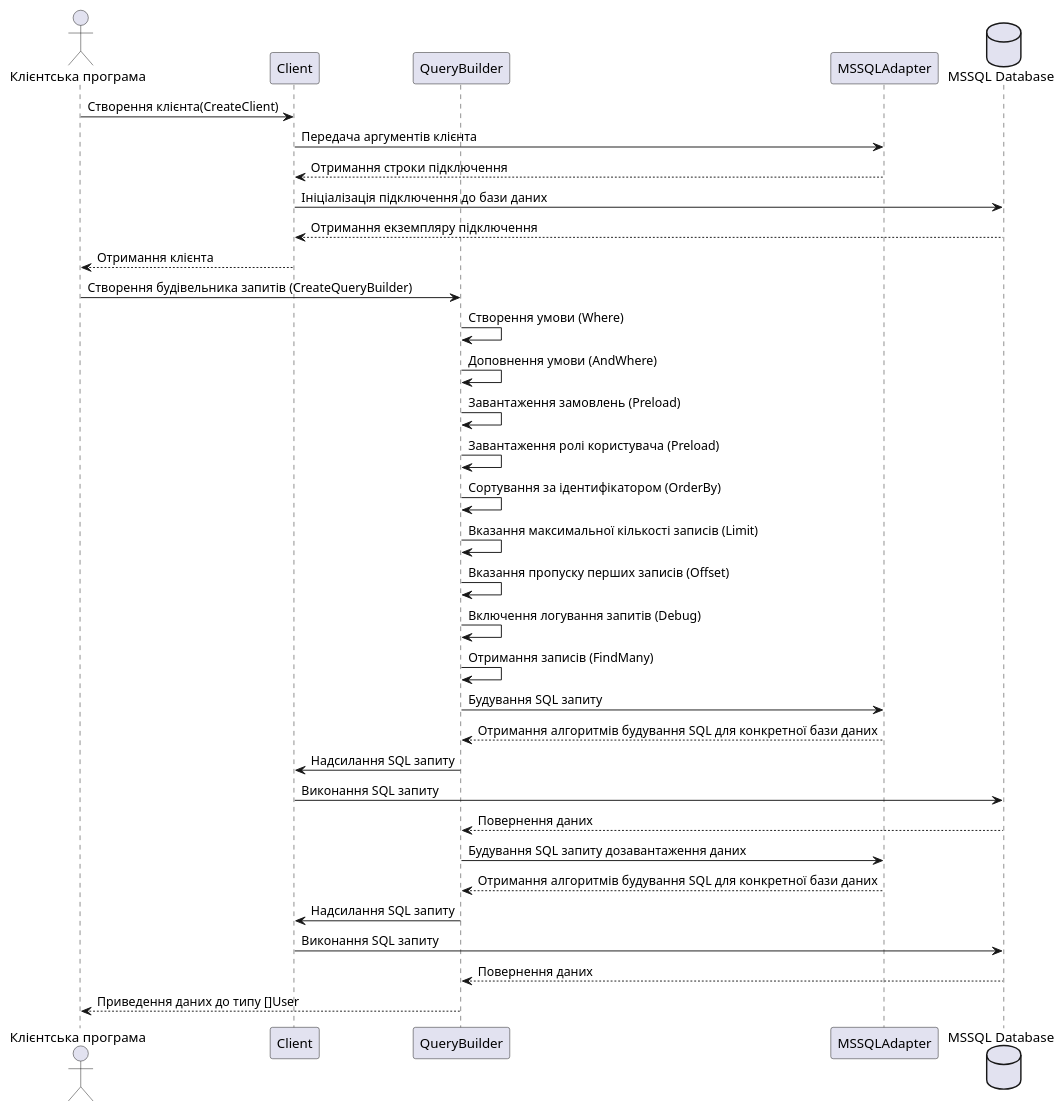
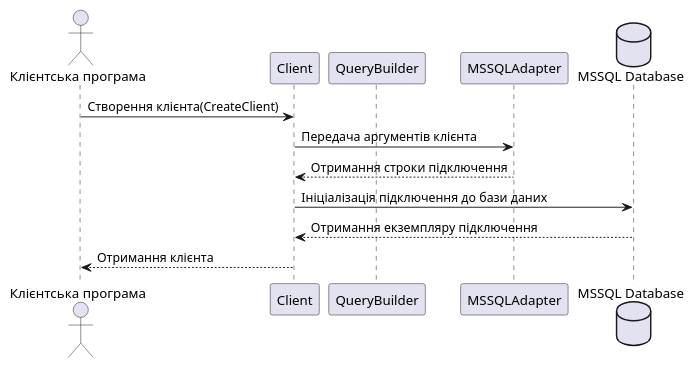
The diagram in diagrams/sequence/1.puml (nonamecat19/go-orm), drawn with PlantUML before and after one commit. The commit also changed 21 other files, not shown here.

Commit message:
docs: update diagrams

```diff
--- a/diagrams/sequence/1.puml
+++ b/diagrams/sequence/1.puml
@@ -1,40 +1,16 @@
 @startuml
+
 actor "Клієнтська програма" as Program
 
 participant "Client" as Client
 participant "QueryBuilder" as QB
 participant "MSSQLAdapter" as Adapter
 database "MSSQL Database" as DB
 
 Program -> Client : Створення клієнта(CreateClient)
 Client -> Adapter : Передача аргументів клієнта
 Adapter --> Client : Отримання строки підключення
 Client -> DB : Ініціалізація підключення до бази даних
 DB --> Client : Отримання екземпляру підключення
 Client --> Program : Отримання клієнта
-
-Program -> QB : Створення будівельника запитів (CreateQueryBuilder)
-QB -> QB : Створення умови (Where)
-QB -> QB : Доповнення умови (AndWhere)
-QB -> QB : Завантаження замовлень (Preload)
-QB -> QB : Завантаження ролі користувача (Preload)
-QB -> QB : Сортування за ідентифікатором (OrderBy)
-QB -> QB : Вказання максимальної кількості записів (Limit)
-QB -> QB : Вказання пропуску перших записів (Offset)
-QB -> QB : Включення логування запитів (Debug)
-QB -> QB : Отримання записів (FindMany)
-
-QB -> Adapter : Будування SQL запиту
-Adapter --> QB : Отримання алгоритмів будування SQL для конкретної бази даних
-QB -> Client : Надсилання SQL запиту
-Client -> DB : Виконання SQL запиту
-DB --> QB : Повернення даних
-
-QB -> Adapter : Будування SQL запиту дозавантаження даних
-Adapter --> QB : Отримання алгоритмів будування SQL для конкретної бази даних
-QB -> Client : Надсилання SQL запиту
-Client -> DB : Виконання SQL запиту
-DB --> QB : Повернення даних
-
-QB --> Program : Приведення даних до типу []User
 @enduml
```
